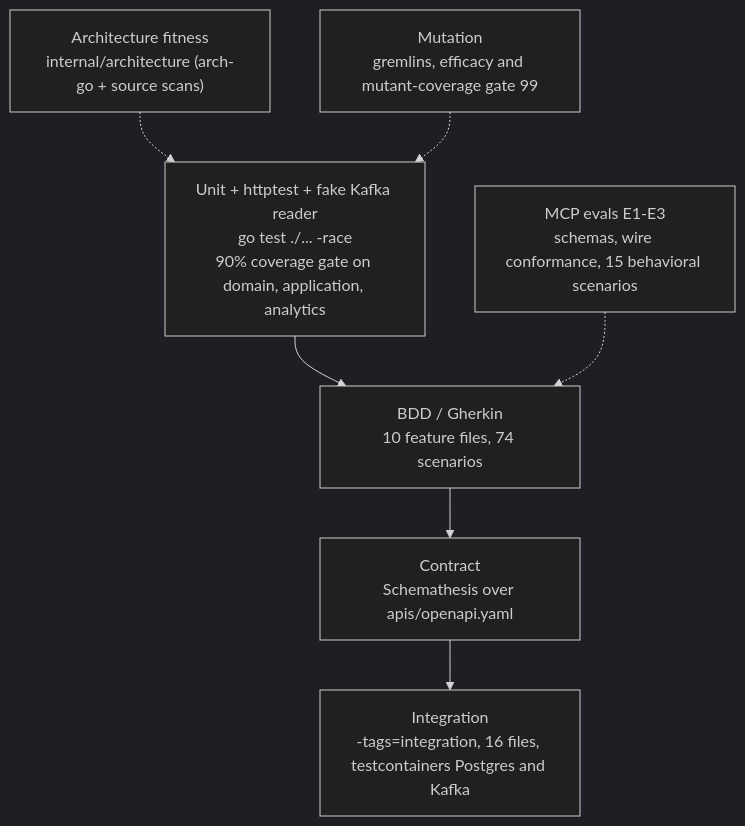
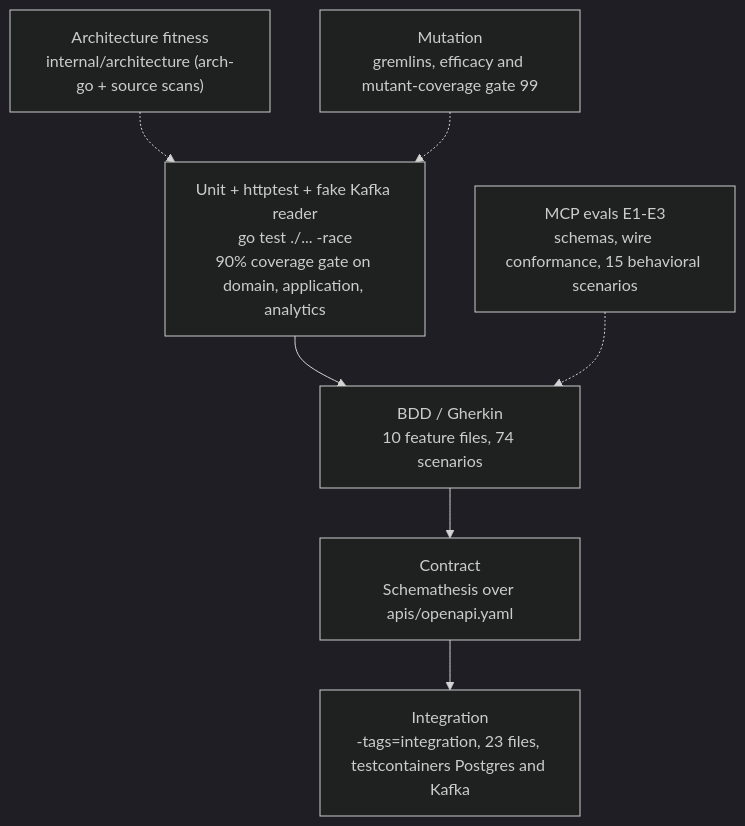
Before and after one commit to IQVO/labor-performance: the diagram in docs/docs/development/testing.md, drawn with Mermaid (dark theme). The commit also changed other lines of this file and 11 other files, not shown here.

````diff
--- a/docs/docs/development/testing.md
+++ b/docs/docs/development/testing.md
@@ -21,14 +21,14 @@
 ```mermaid
 flowchart TB
   U["Unit + httptest + fake Kafka reader<br/>go test ./... -race<br/>90% coverage gate on domain, application, analytics"]
   A["Architecture fitness<br/>internal/architecture (arch-go + source scans)"]
   M["Mutation<br/>gremlins, efficacy and mutant-coverage gate 99"]
   B["BDD / Gherkin<br/>10 feature files, 74 scenarios"]
   E["MCP evals E1-E3<br/>schemas, wire conformance, 15 behavioral scenarios"]
   C["Contract<br/>Schemathesis over apis/openapi.yaml"]
-  I["Integration<br/>-tags=integration, 16 files, testcontainers Postgres and Kafka"]
+  I["Integration<br/>-tags=integration, 23 files, testcontainers Postgres and Kafka"]
   U --> B --> C --> I
   A -.-> U
   M -.-> U
   E -.-> B
 ```
````
